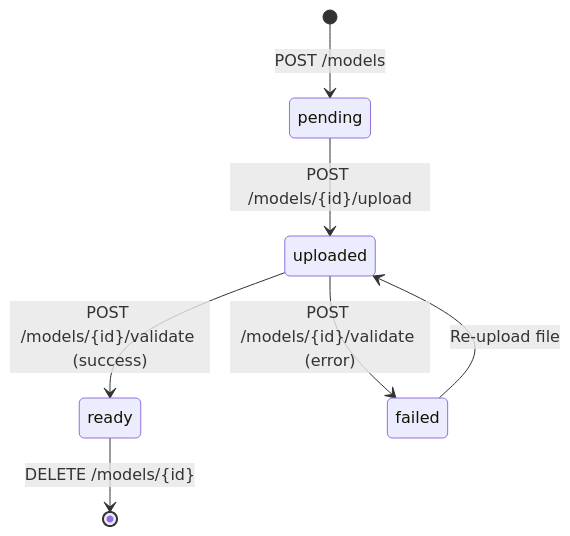
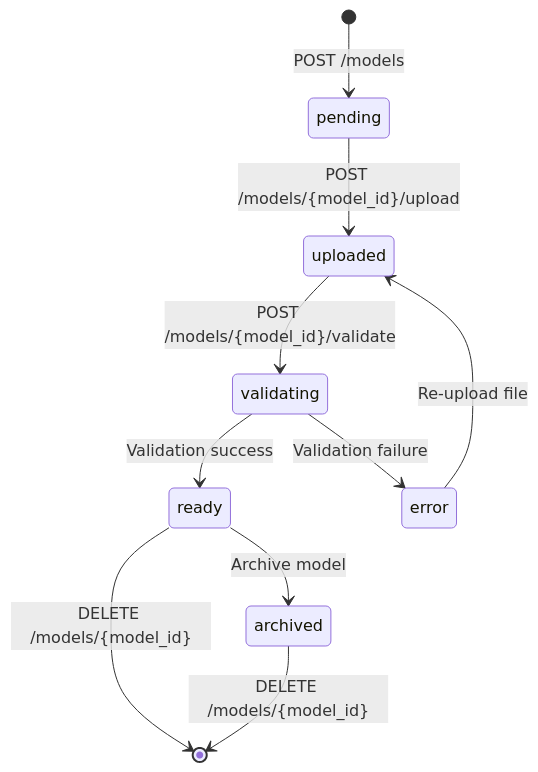
One commit to JohnRogers-Code-projects/MLForge changed the second of 5 diagrams in docs/ARCHITECTURE.md. Above: the diagram before and after it, drawn with Mermaid. The commit also changed other lines of this file, not shown here.

First line of the commit message:
fix: address Copilot review comments on architecture docs

````diff
--- a/docs/ARCHITECTURE.md
+++ b/docs/ARCHITECTURE.md
@@ -117,9 +117,12 @@
 ```mermaid
 stateDiagram-v2
     [*] --> pending: POST /models
-    pending --> uploaded: POST /models/{id}/upload
-    uploaded --> ready: POST /models/{id}/validate (success)
-    uploaded --> failed: POST /models/{id}/validate (error)
-    failed --> uploaded: Re-upload file
-    ready --> [*]: DELETE /models/{id}
+    pending --> uploaded: POST /models/{model_id}/upload
+    uploaded --> validating: POST /models/{model_id}/validate
+    validating --> ready: Validation success
+    validating --> error: Validation failure
+    error --> uploaded: Re-upload file
+    ready --> archived: Archive model
+    ready --> [*]: DELETE /models/{model_id}
+    archived --> [*]: DELETE /models/{model_id}
 ```
````
